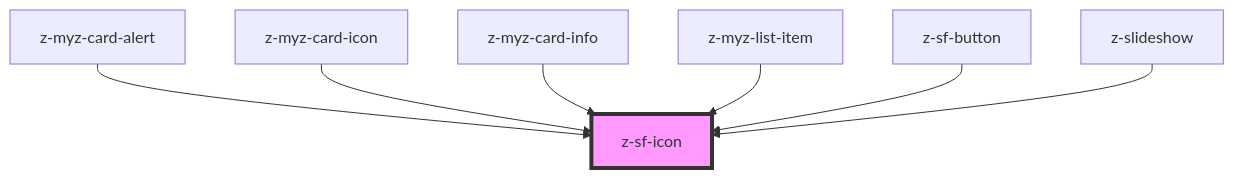
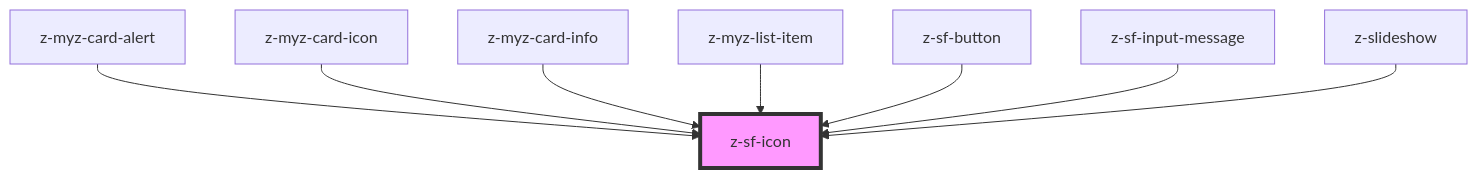
Before and after one commit to ZanichelliEditore/design-system: the diagram in src/components/z-sf-icon/readme.md, drawn with Mermaid. The commit also changed other lines of this file and 15 other files, not shown here.

Commit message:
Snowfake: z-sf-input-message

````diff
--- a/src/components/z-sf-icon/readme.md
+++ b/src/components/z-sf-icon/readme.md
@@ -51,10 +52,11 @@
 ```mermaid
 graph TD;
   z-myz-card-alert --> z-sf-icon
   z-myz-card-icon --> z-sf-icon
   z-myz-card-info --> z-sf-icon
   z-myz-list-item --> z-sf-icon
   z-sf-button --> z-sf-icon
+  z-sf-input-message --> z-sf-icon
   z-slideshow --> z-sf-icon
   style z-sf-icon fill:#f9f,stroke:#333,stroke-width:4px
 ```
````
